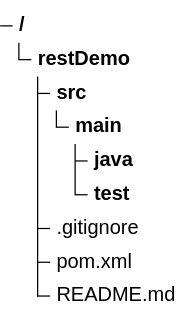
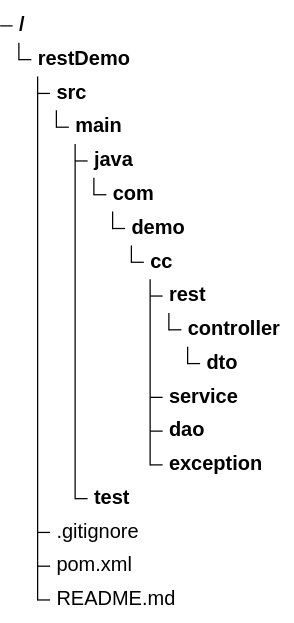
One commit to chanduujjina/Spring_Boot_Rest_AI changed the diagram in Read.md. Above: the diagram before and after it, drawn with Mermaid (neutral theme).

Commit message:
Update directory structure in Read.md

````diff
--- a/Read.md
+++ b/Read.md
@@ -1,11 +1,22 @@
 ```mermaid
 treeView-beta
             restDemo/
                 src/
                     main/
                           java/
+                               com/
+                                    demo/
+                                          cc/
+                                              rest/
+                                                    controller/
+                                                     dto/
+                                              service/
+                                              dao/
+                                              exception/
+                                              
+                                              
                           test/
                 .gitignore
                 pom.xml
                 README.md
 ```
````
